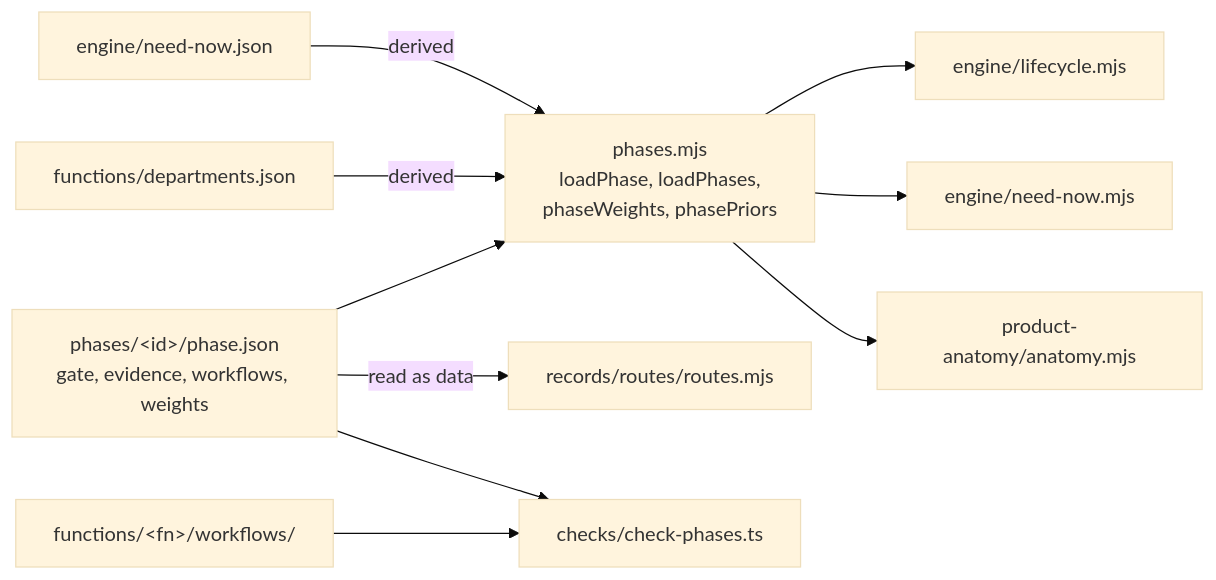
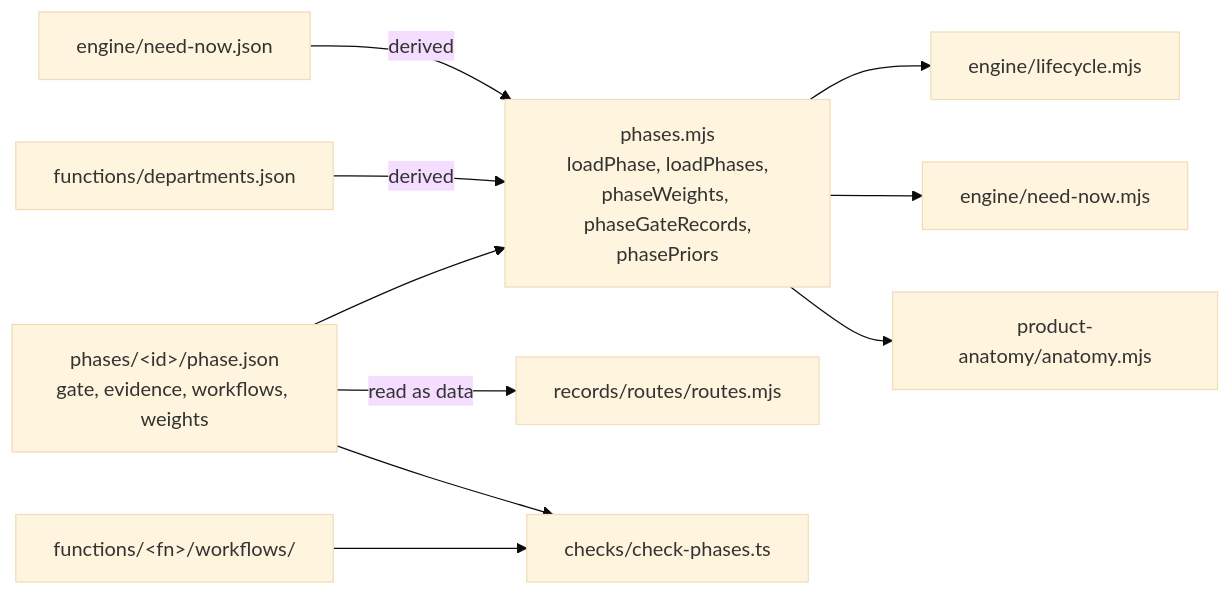
One commit to tchjhnsn/Naive changed the diagram in packages/naive/src/phases/README.md. Above: the diagram before and after it, drawn with Mermaid (base theme). The commit also changed other lines of this file and 24 other files, not shown here.

First line of the commit message:
Add the Lean Canvas as the venture's shared kernel, and rank gate evidence first (EE-155)

````diff
--- a/packages/naive/src/phases/README.md
+++ b/packages/naive/src/phases/README.md
@@ -9,12 +9,12 @@
 ```mermaid
 flowchart LR
-  PJ["phases/&lt;id&gt;/phase.json<br/>gate, evidence, workflows, weights"] --> LOAD["phases.mjs<br/>loadPhase, loadPhases,<br/>phaseWeights, phasePriors"]
+  PJ["phases/&lt;id&gt;/phase.json<br/>gate, evidence, workflows, weights"] --> LOAD["phases.mjs<br/>loadPhase, loadPhases,<br/>phaseWeights, phaseGateRecords,<br/>phasePriors"]
   NN["engine/need-now.json"] -->|derived| LOAD
   DEP["functions/departments.json"] -->|derived| LOAD
   LOAD --> LC["engine/lifecycle.mjs"]
   LOAD --> NOW["engine/need-now.mjs"]
   LOAD --> AN["product-anatomy/anatomy.mjs"]
   PJ -->|read as data| RT["records/routes/routes.mjs"]
   PJ --> CHK["checks/check-phases.ts"]
   WF["functions/&lt;fn&gt;/workflows/"] --> CHK
 ```
````
